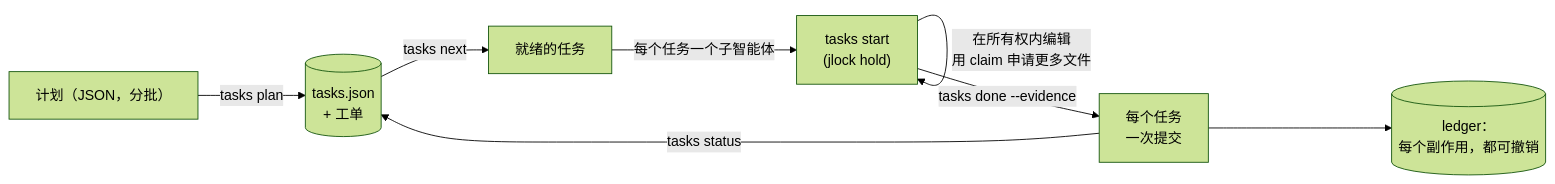
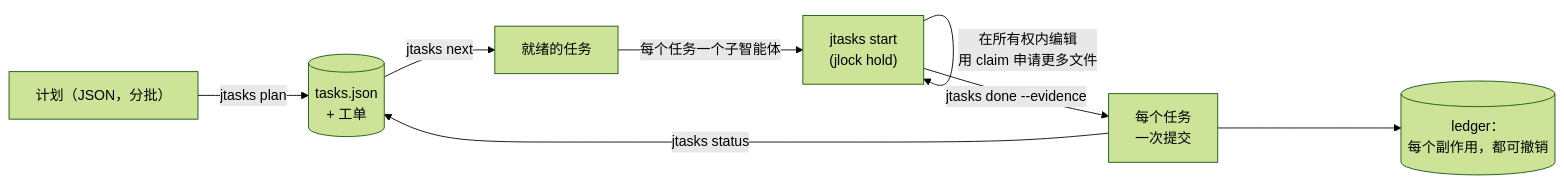
The diagram in README.zh-CN.md (rodrigojager/jtasks), drawn with Mermaid (forest theme) before and after one commit. The commit also changed other lines of this file and 98 other files, not shown here.

````diff
--- a/README.zh-CN.md
+++ b/README.zh-CN.md
@@ -24,10 +24,10 @@
 ```mermaid
 flowchart LR
-  plan["计划（JSON，分批）"] -->|tasks plan| list[("tasks.json\n+ 工单")]
-  list -->|tasks next| ready["就绪的任务"]
-  ready -->|每个任务一个子智能体| work["tasks start\n(jlock hold)"]
+  plan["计划（JSON，分批）"] -->|jtasks plan| list[("tasks.json\n+ 工单")]
+  list -->|jtasks next| ready["就绪的任务"]
+  ready -->|每个任务一个子智能体| work["jtasks start\n(jlock hold)"]
   work -->|在所有权内编辑\n用 claim 申请更多文件| work
-  work -->|tasks done --evidence| commit["每个任务\n一次提交"]
+  work -->|jtasks done --evidence| commit["每个任务\n一次提交"]
   commit --> ledger[("ledger：\n每个副作用，都可撤销")]
-  commit -->|tasks status| list
+  commit -->|jtasks status| list
 ```
````
